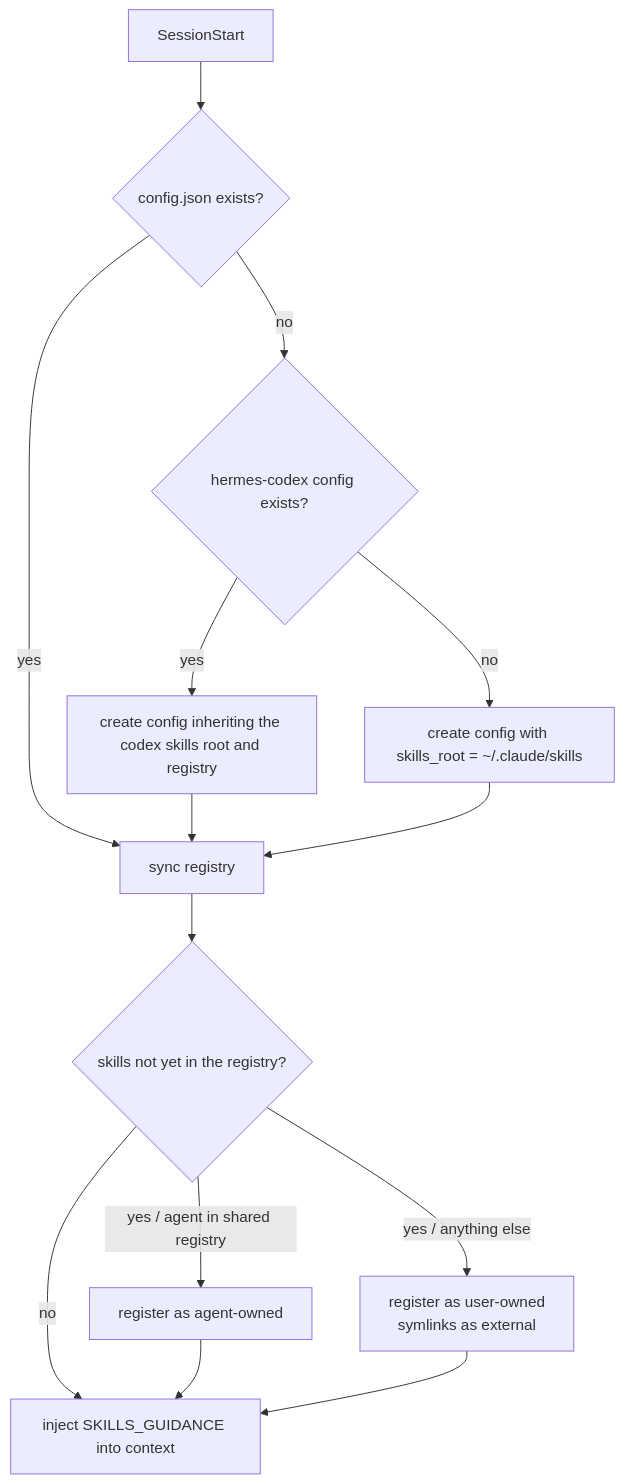
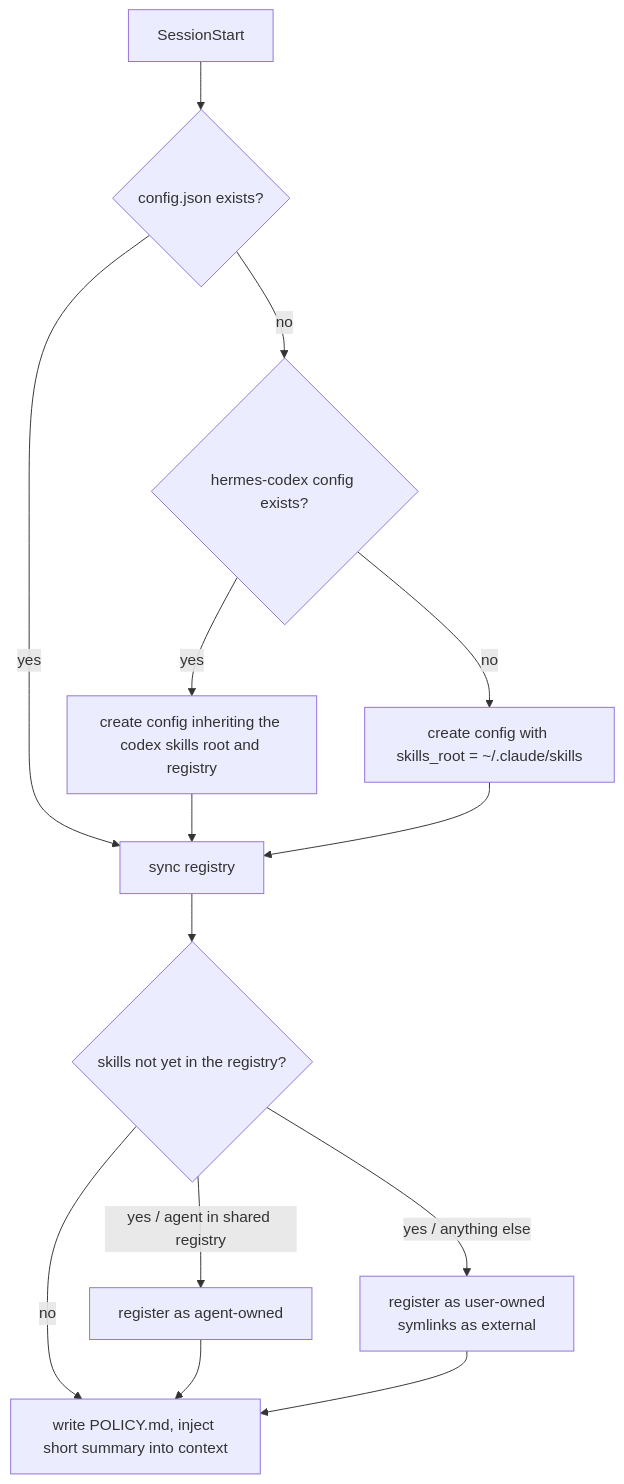
The second of 5 diagrams in README.md (lilpacy/hermes-self-improvement-claude-plugin), drawn with Mermaid before and after one commit. The commit also changed other lines of this file and 3 other files, not shown here.

Commit message:
Shrink SessionStart injection to a short summary with full policy in POLICY.md

````diff
--- a/README.md
+++ b/README.md
@@ -123,16 +123,16 @@
 ```mermaid
 flowchart TD
   A[SessionStart] --> B{config.json exists?}
   B -- no --> C{hermes-codex config exists?}
   C -- yes --> D[create config inheriting the codex skills root and registry]
   C -- no --> E[create config with skills_root = ~/.claude/skills]
   B -- yes --> F[sync registry]
   D --> F
   E --> F
   F --> G{skills not yet in the registry?}
   G -- "yes / agent in shared registry" --> H[register as agent-owned]
   G -- "yes / anything else" --> I[register as user-owned<br/>symlinks as external]
-  G -- no --> J[inject SKILLS_GUIDANCE into context]
+  G -- no --> J[write POLICY.md, inject short summary into context]
   H --> J
   I --> J
 ```
````
